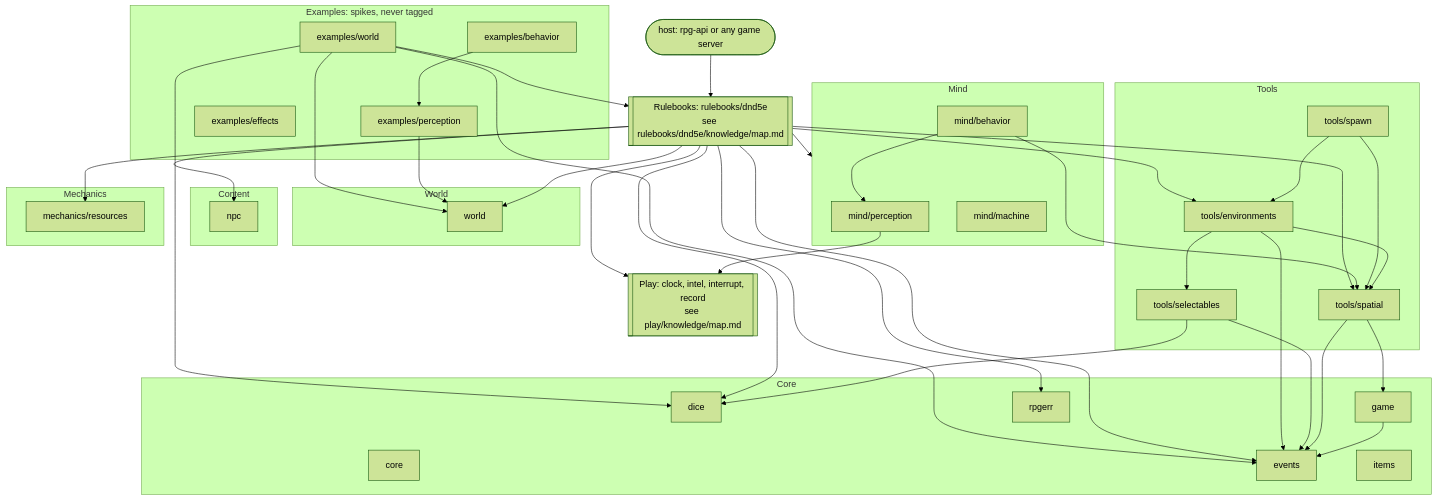
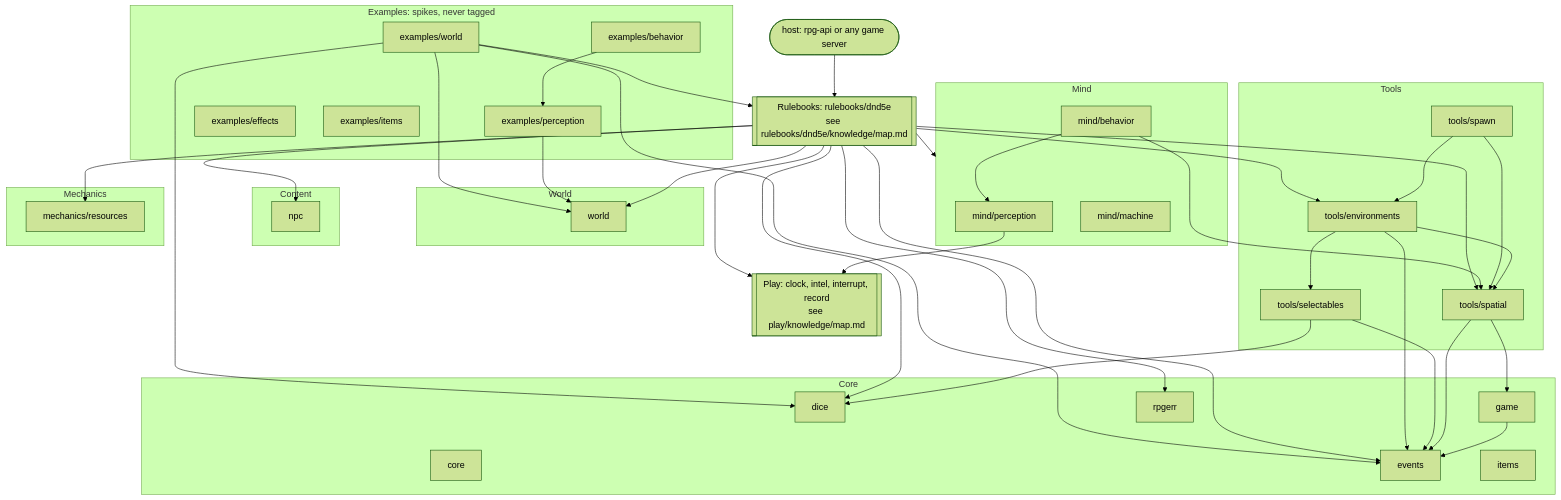
One commit to KirkDiggler/rpg-toolkit changed the diagram in knowledge/map.md. Above: the diagram before and after it, drawn with Mermaid (forest theme). The commit also changed 8 other files, not shown here.

First line of the commit message:
examples(items): probe effect composition from an item consumer

````diff
--- a/knowledge/map.md
+++ b/knowledge/map.md
@@ -11,62 +11,63 @@
 ```mermaid
 flowchart TD
   HOST(["host: rpg-api or any game server"])
 
   subgraph EXAMPLES["Examples: spikes, never tagged"]
     EXW["examples/world"]
     EXP["examples/perception"]
     EXB["examples/behavior"]
     EXE["examples/effects"]
+    EXI["examples/items"]
   end
 
   RB[["Rulebooks: rulebooks/dnd5e<br/>see rulebooks/dnd5e/knowledge/map.md"]]
 
   subgraph MIND["Mind"]
     PERC["mind/perception"]
     BEH["mind/behavior"]
     MACH["mind/machine"]
   end
 
   PLAY[["Play: clock, intel, interrupt, record<br/>see play/knowledge/map.md"]]
 
   subgraph WORLDL["World"]
     WORLD["world"]
   end
 
   subgraph CONTENT["Content"]
     NPC["npc"]
   end
 
   subgraph TOOLS["Tools"]
     SPATIAL["tools/spatial"]
     ENV["tools/environments"]
     SEL["tools/selectables"]
     SPAWN["tools/spawn"]
   end
 
   subgraph MECH["Mechanics"]
     RES["mechanics/resources"]
   end
 
   subgraph CORE["Core"]
     C["core"]
     EV["events"]
     DICE["dice"]
     GAME["game"]
     ERR["rpgerr"]
     ITEMS["items"]
   end
 
   HOST --> RB
   EXW --> RB & WORLD & DICE & EV
   EXP --> WORLD
   EXB --> EXP
   RB --> MIND & PLAY & WORLD & NPC & SPATIAL & ENV & RES & EV & DICE & ERR
   BEH --> PERC & SPATIAL
   PERC --> PLAY
   SPAWN --> ENV & SPATIAL
   ENV --> SEL & SPATIAL & EV
   SEL --> DICE & EV
   SPATIAL --> GAME & EV
   GAME --> EV
 ```
````
